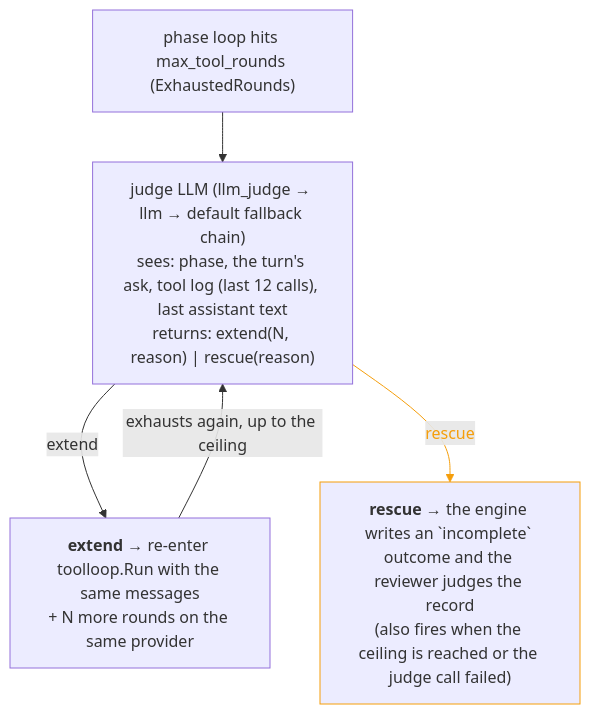
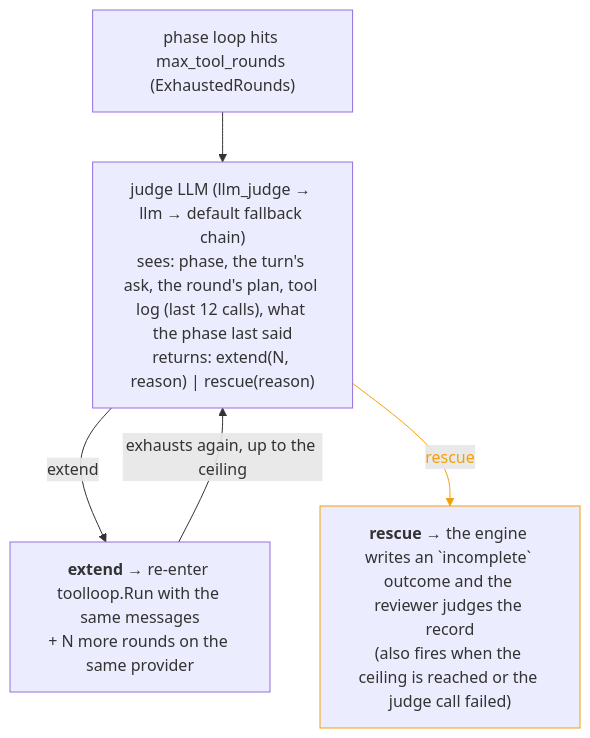
One commit to crewlet/crewlet changed the diagram in docs/concepts/turn-engine.md. Above: the diagram before and after it, drawn with Mermaid. The commit also changed other lines of this file and 6 other files, not shown here.

````diff
--- a/docs/concepts/turn-engine.md
+++ b/docs/concepts/turn-engine.md
@@ -387,15 +387,15 @@
 ```mermaid
 flowchart TD
     A["phase loop hits max_tool_rounds (ExhaustedRounds)"]
-    B["judge LLM (llm_judge → llm → default fallback chain)<br/>sees: phase, the turn's ask, tool log (last 12 calls), last assistant text<br/>returns: extend(N, reason) | rescue(reason)"]
+    B["judge LLM (llm_judge → llm → default fallback chain)<br/>sees: phase, the turn's ask, the round's plan, tool log (last 12 calls), what the phase last said<br/>returns: extend(N, reason) | rescue(reason)"]
     C["<b>extend</b> → re-enter toolloop.Run with the same messages<br/>+ N more rounds on the same provider"]
     D["<b>rescue</b> → the engine writes an `incomplete` outcome and the reviewer judges the record<br/>(also fires when the ceiling is reached or the judge call failed)"]
     A --> B
     B -->|extend| C
     B -->|rescue| D
     C -->|"exhausts again, up to the ceiling"| B
 
     D:::warning
     classDef warning stroke:#f59e0b
     linkStyle 2 stroke:#f59e0b,color:#f59e0b
 ```
````
